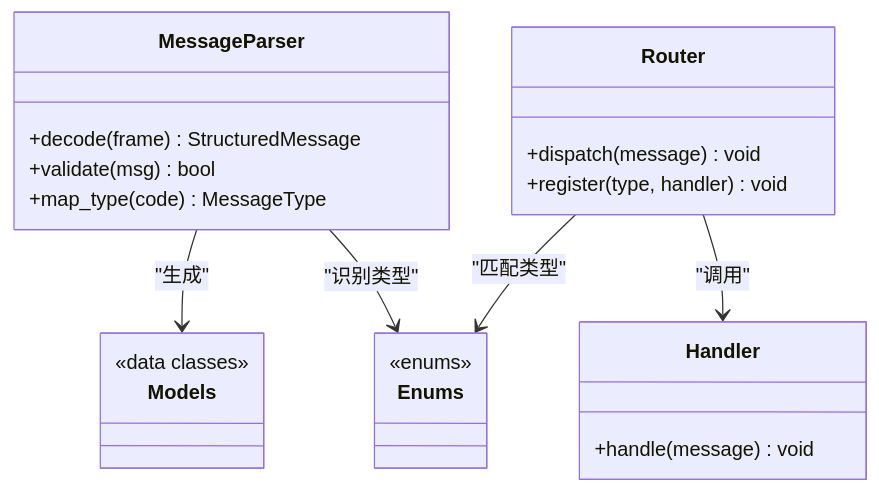
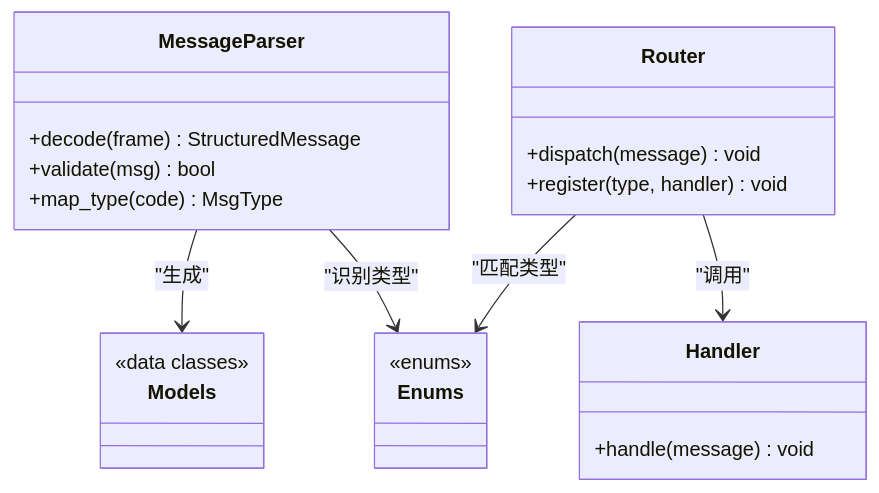
The fourth of 6 diagrams in .qoder/repowiki/zh/content/核心架构/直播流处理.md (laowumdzz/Blive-Bot), drawn with Mermaid before and after one commit. The commit also changed other lines of this file and 12 other files, not shown here.

````diff
--- a/.qoder/repowiki/zh/content/核心架构/直播流处理.md
+++ b/.qoder/repowiki/zh/content/核心架构/直播流处理.md
@@ -162,25 +163,25 @@
 ```mermaid
 classDiagram
 class MessageParser {
 +decode(frame) StructuredMessage
 +validate(msg) bool
-+map_type(code) MessageType
++map_type(code) MsgType
 }
 class Router {
 +dispatch(message) void
 +register(type, handler) void
 }
 class Handler {
 +handle(message) void
 }
 class Models {
 <<data classes>>
 }
 class Enums {
 <<enums>>
 }
 MessageParser --> Models : "生成"
 MessageParser --> Enums : "识别类型"
 Router --> Handler : "调用"
 Router --> Enums : "匹配类型"
 ```
````
